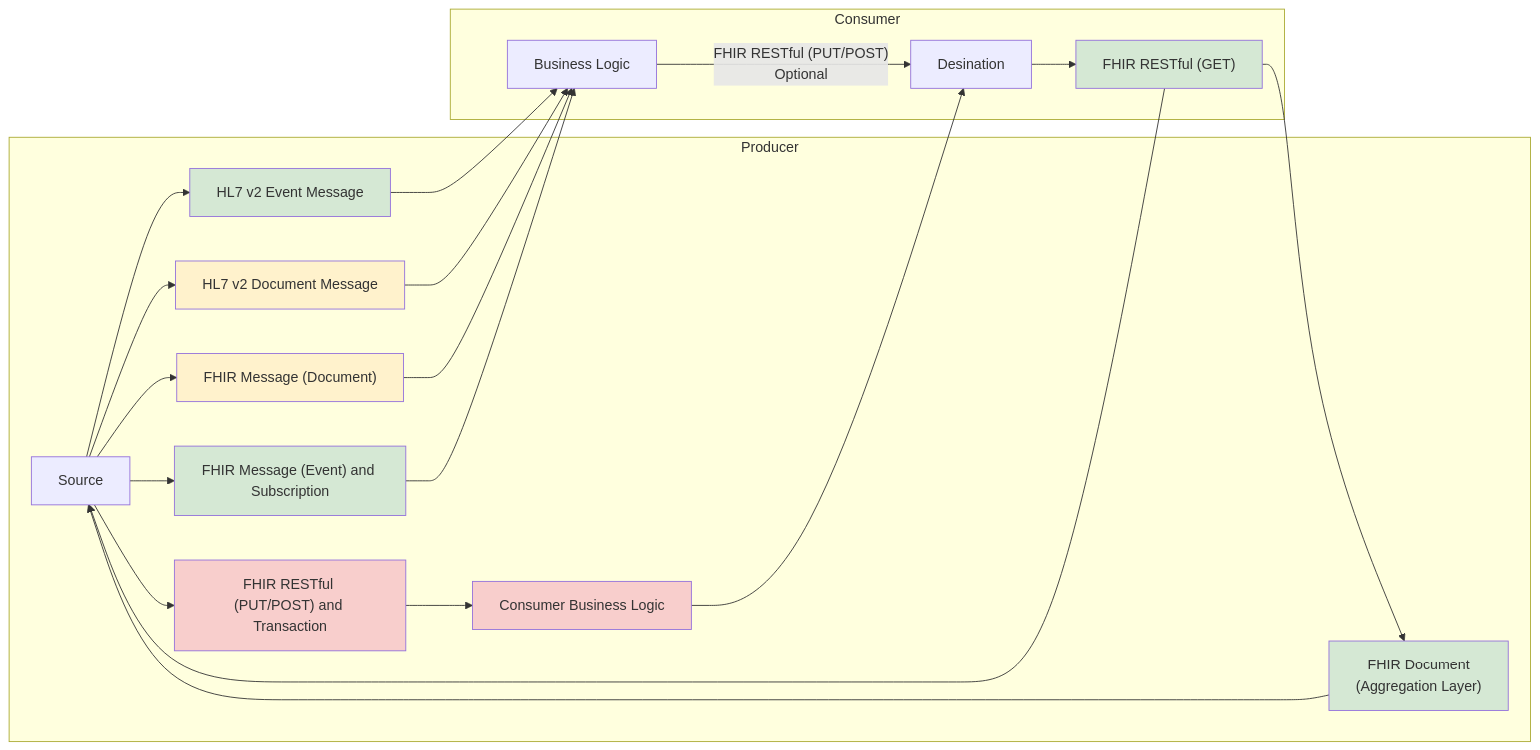
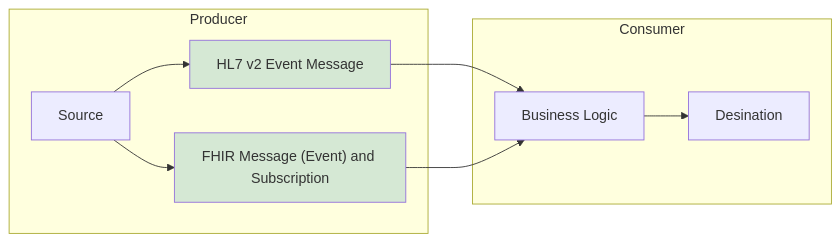
The first of 5 diagrams in input/pagecontent/exchange.md (uk-gov-mirror/nw-gmsa.nw-gmsa.github.com), drawn with Mermaid before and after one commit. The commit also changed other lines of this file, not shown here.

````diff
--- a/input/pagecontent/exchange.md
+++ b/input/pagecontent/exchange.md
@@ -1,42 +36,27 @@
 ```mermaid
 graph LR;
 
 subgraph Producer;
     s[Source]
     s --> v2E
-    s --> v2D
+
     v2E["HL7 v2 Event Message"]
-    v2D["HL7 v2 Document Message"]
-    s --> fMessage["FHIR Message (Document)"]
     s --> fEvent["FHIR Message (Event) and Subscription"]
-    s --> rest["FHIR RESTful (PUT/POST) and Transaction"]
-    rB[Consumer Business Logic]
-
-    rest --> rB
-    Agg["FHIR Document<br/>(Aggregation Layer)"]
-    Agg --> s
 end 
 
 subgraph Consumer
     B[Business Logic]
     d[Desination]
-    B --> |"FHIR RESTful (PUT/POST)<br/>Optional"| d
-    d --> restC["FHIR RESTful (GET)"]
+    B --> d
 end 
 
 v2E --> B
-v2D --> B
-fMessage --> B
 fEvent --> B
-rB --> d
-restC --> s
-restC --> Agg
+
 
 classDef pink fill:#F8CECC
 classDef green fill:#D5E8D4;
-classDef yellow fill:#FFF2CC;
+
 
 class restC,v2E,fEvent,Agg green
-class rest,rB pink
-class v2D,fMessage yellow
 ```
````
